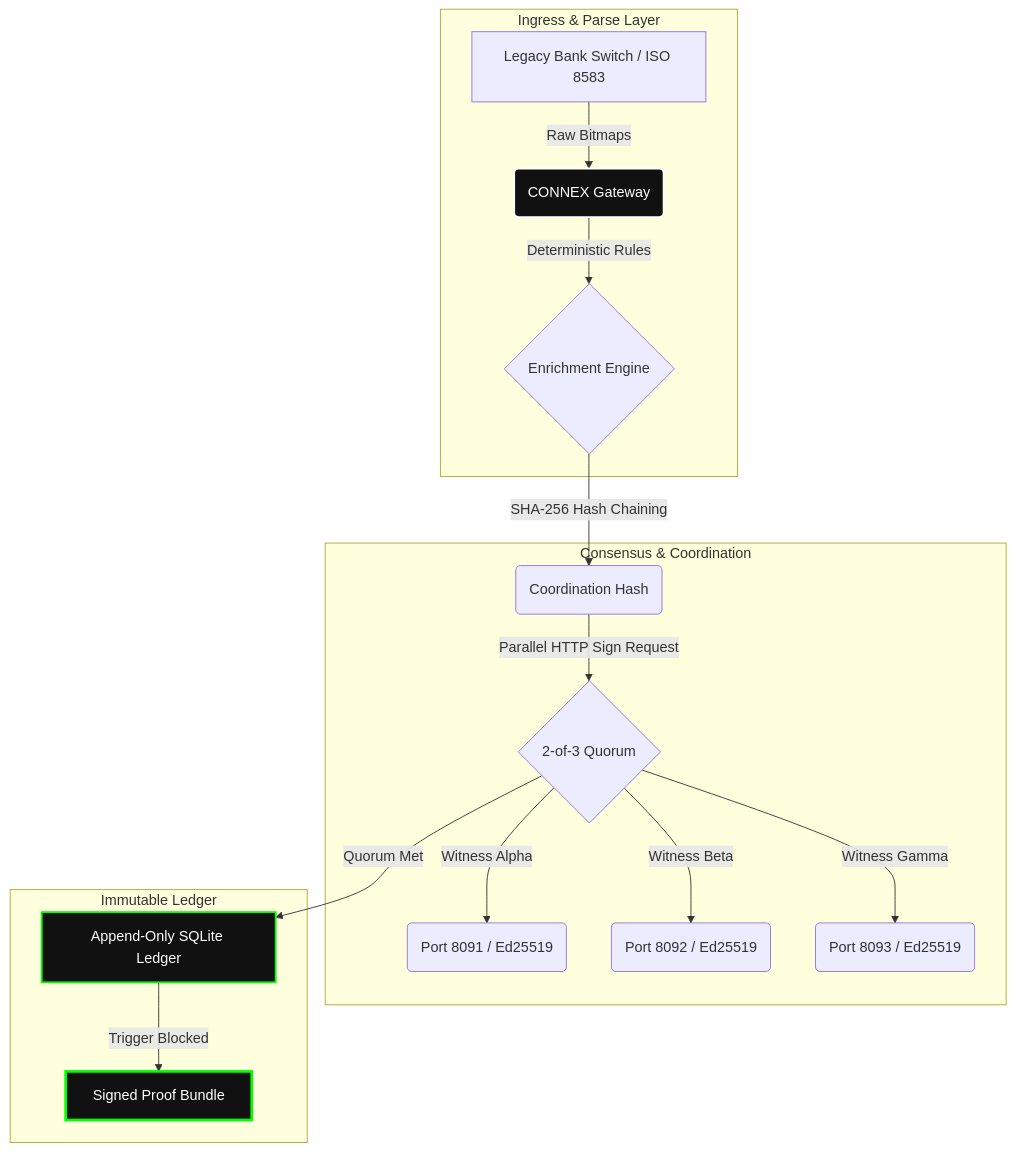
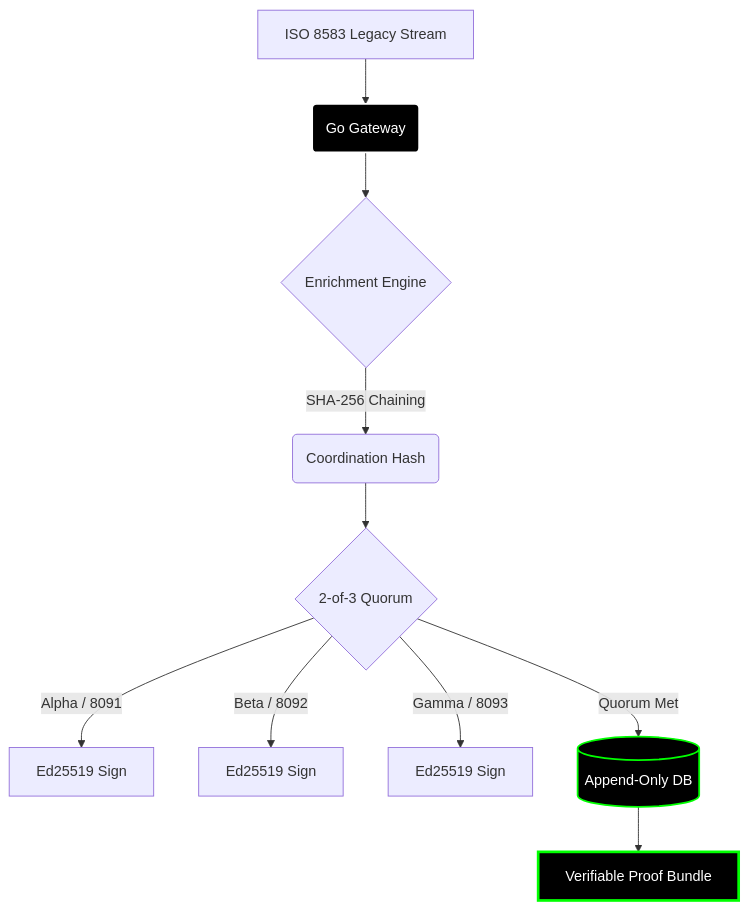
One commit to Royfinnest254/Royfinnest254 changed the first of 2 diagrams in README.md. Above: the diagram before and after it, drawn with Mermaid. The commit also changed other lines of this file, not shown here.

````diff
--- a/README.md
+++ b/README.md
@@ -29,25 +20,15 @@
 ```mermaid
 graph TD
-    subgraph "Ingress & Parse Layer"
-        A[Legacy Bank Switch / ISO 8583] -->|Raw Bitmaps| B(CONNEX Gateway)
-        B -->|Deterministic Rules| C{Enrichment Engine}
-    end
-
-    subgraph "Consensus & Coordination"
-        C -->|SHA-256 Hash Chaining| D(Coordination Hash)
-        D -->|Parallel HTTP Sign Request| E{2-of-3 Quorum}
-        
-        E -->|Witness Alpha| W1(Port 8091 / Ed25519)
-        E -->|Witness Beta| W2(Port 8092 / Ed25519)
-        E -->|Witness Gamma| W3(Port 8093 / Ed25519)
-    end
-
-    subgraph "Immutable Ledger"
-        E -->|Quorum Met| F[Append-Only SQLite Ledger]
-        F -->|Trigger Blocked| G[Signed Proof Bundle]
-    end
-
-    style B fill:#111,stroke:#fff,stroke-width:2px,color:#fff
-    style F fill:#111,stroke:#00ff00,stroke-width:2px,color:#fff
-    style G fill:#111,stroke:#00ff00,stroke-width:3px,color:#fff
+    A[ISO 8583 Legacy Stream] --> B(Go Gateway)
+    B --> C{Enrichment Engine}
+    C -->|SHA-256 Chaining| D(Coordination Hash)
+    D --> E{2-of-3 Quorum}
+    E -->|Alpha / 8091| W1[Ed25519 Sign]
+    E -->|Beta / 8092| W2[Ed25519 Sign]
+    E -->|Gamma / 8093| W3[Ed25519 Sign]
+    E -->|Quorum Met| F[(Append-Only DB)]
+    F --> G[Verifiable Proof Bundle]
+    style B fill:#000,stroke:#fff,stroke-width:2px,color:#fff
+    style F fill:#000,stroke:#00ff00,stroke-width:2px,color:#fff
+    style G fill:#000,stroke:#00ff00,stroke-width:3px,color:#fff
 ```
````
